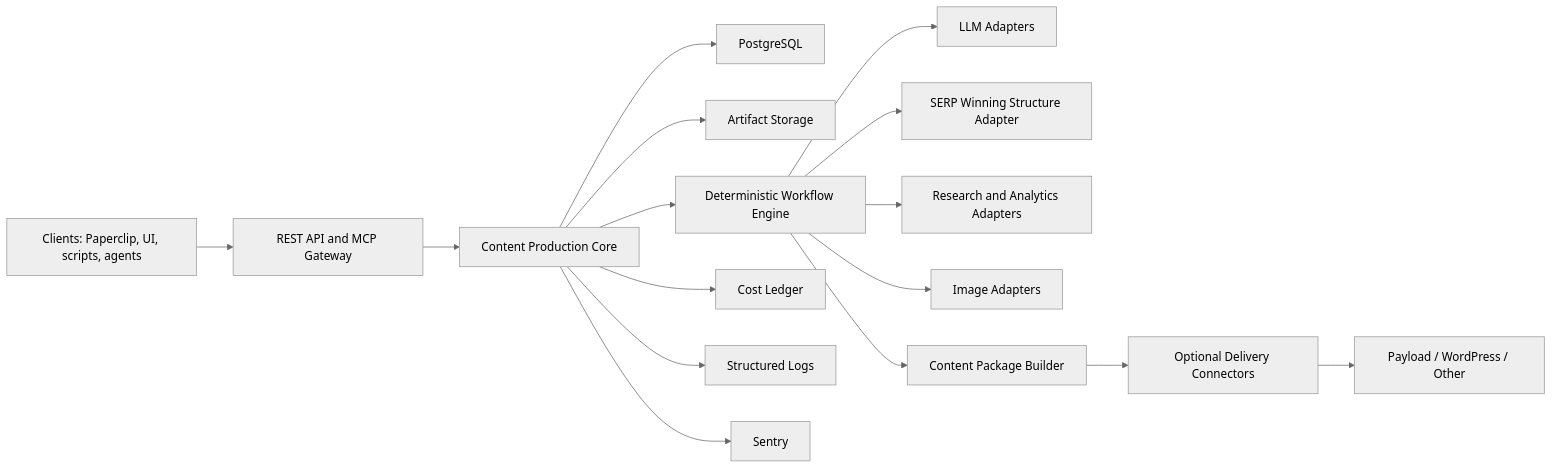
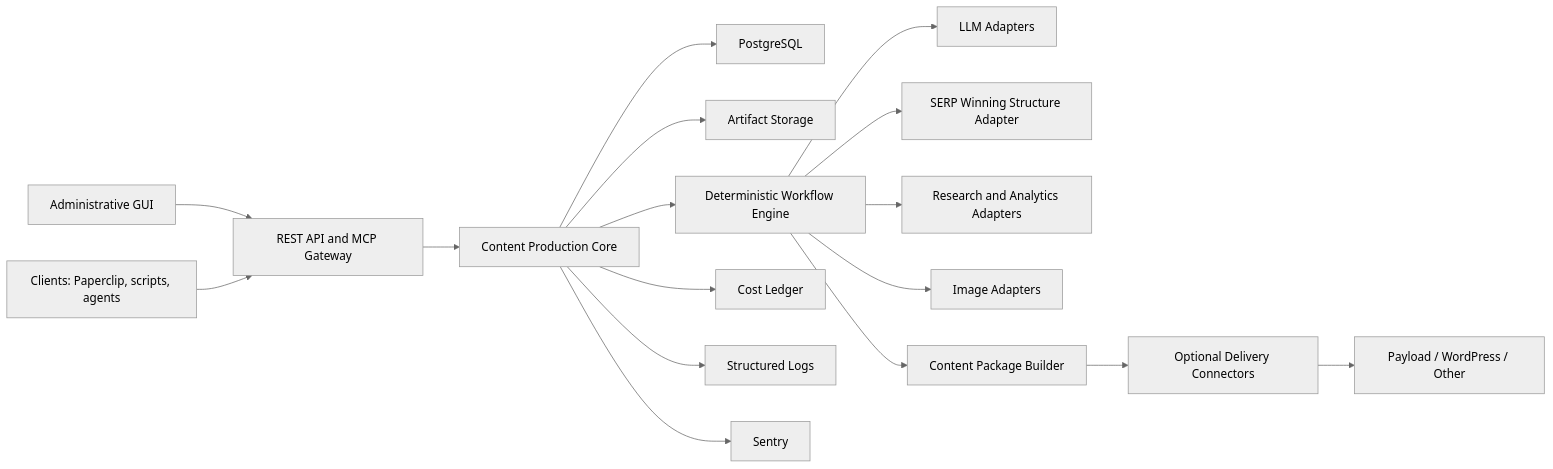
One commit to Vicarta/paperclip changed the diagram in .planning/agency-core/CONTENT_PRODUCTION_SERVICE_PRD.md. Above: the diagram before and after it, drawn with Mermaid (neutral theme). The commit also changed other lines of this file, not shown here.

Commit message:
docs: add content service administrative gui

````diff
--- a/.planning/agency-core/CONTENT_PRODUCTION_SERVICE_PRD.md
+++ b/.planning/agency-core/CONTENT_PRODUCTION_SERVICE_PRD.md
@@ -236,18 +260,19 @@
 ```mermaid
 flowchart LR
-    Clients["Clients: Paperclip, UI, scripts, agents"] --> Gateway["REST API and MCP Gateway"]
+    Admin["Administrative GUI"] --> Gateway["REST API and MCP Gateway"]
+    Clients["Clients: Paperclip, scripts, agents"] --> Gateway
     Gateway --> Core["Content Production Core"]
     Core --> DB["PostgreSQL"]
     Core --> Artifacts["Artifact Storage"]
     Core --> Workflow["Deterministic Workflow Engine"]
     Workflow --> LLM["LLM Adapters"]
     Workflow --> SERP["SERP Winning Structure Adapter"]
     Workflow --> Research["Research and Analytics Adapters"]
     Workflow --> Images["Image Adapters"]
     Workflow --> Package["Content Package Builder"]
     Package --> Connectors["Optional Delivery Connectors"]
     Connectors --> CMS["Payload / WordPress / Other"]
     Core --> Costs["Cost Ledger"]
     Core --> Logs["Structured Logs"]
     Core --> Sentry["Sentry"]
 ```
````
